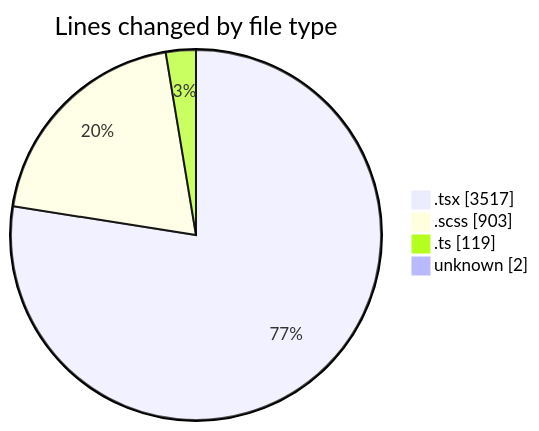
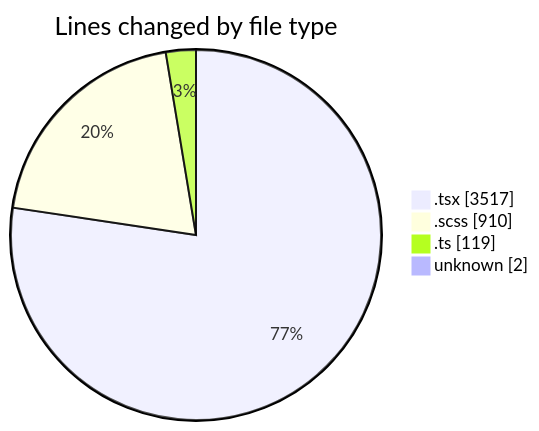
Before and after one commit to momahboobian/code-tracking: the first of 2 diagrams in 2025-06-13/cda/README.md, drawn with Mermaid. The commit also changed other lines of this file and 1 other file, not shown here.

````diff
--- a/2025-06-13/cda/README.md
+++ b/2025-06-13/cda/README.md
@@ -37,8 +37,8 @@
 ```mermaid
 pie showData
 title Lines changed by file type
 ".tsx" : 3517
-".scss" : 903
+".scss" : 910
 ".ts" : 119
 "unknown" : 2
 ```
````
